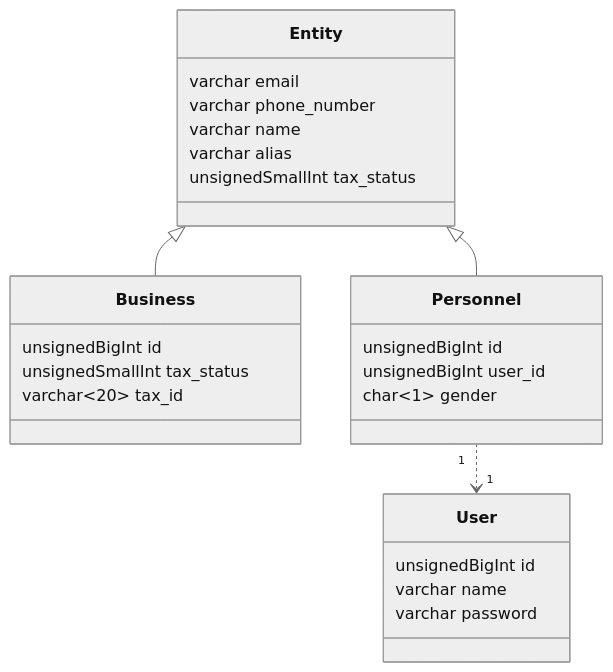
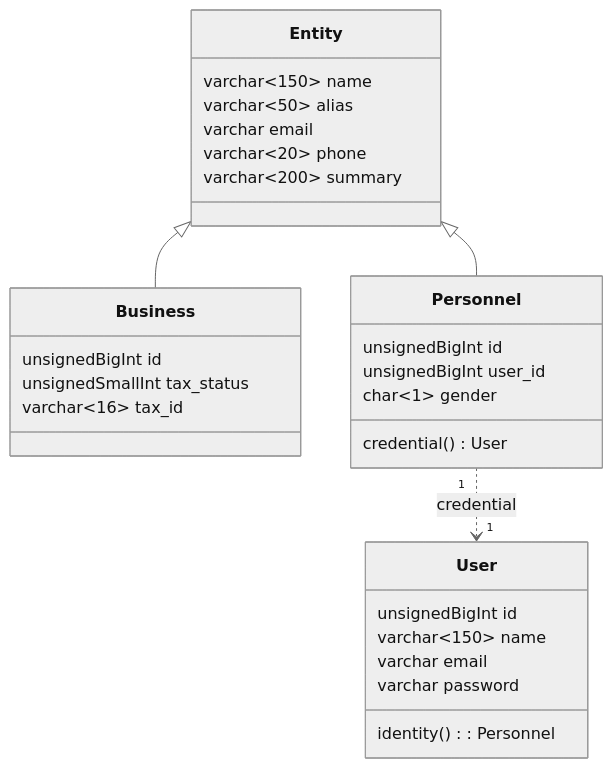
The second of 7 diagrams in database/README.md (creasico/laravel-base), drawn with Mermaid (neutral theme) before and after one commit. The commit also changed other lines of this file and 52 other files, not shown here.

````diff
--- a/database/README.md
+++ b/database/README.md
@@ -132,29 +129,32 @@
 ```mermaid
 classDiagram
     Entity <|-- Business
     Entity <|-- Personnel
-    Personnel "1" ..> "1" User
+    Personnel "1" ..> "1" User : credential
 
     class Entity {
+        varchar~150~ name
+        varchar~50~ alias
         varchar email
-        varchar phone_number
-        varchar name
-        varchar alias
-        unsignedSmallInt tax_status
+        varchar~20~ phone
+        varchar~200~ summary
     }
     class Business {
         unsignedBigInt id
         unsignedSmallInt tax_status
-        varchar~20~ tax_id
+        varchar~16~ tax_id
     }
     class Personnel {
         unsignedBigInt id
         unsignedBigInt user_id
         char~1~ gender
+        credential() User
     }
     class User {
         unsignedBigInt id
-        varchar name
+        varchar~150~ name
+        varchar email
         varchar password
+        identity(): Personnel
     }
 ```
````
